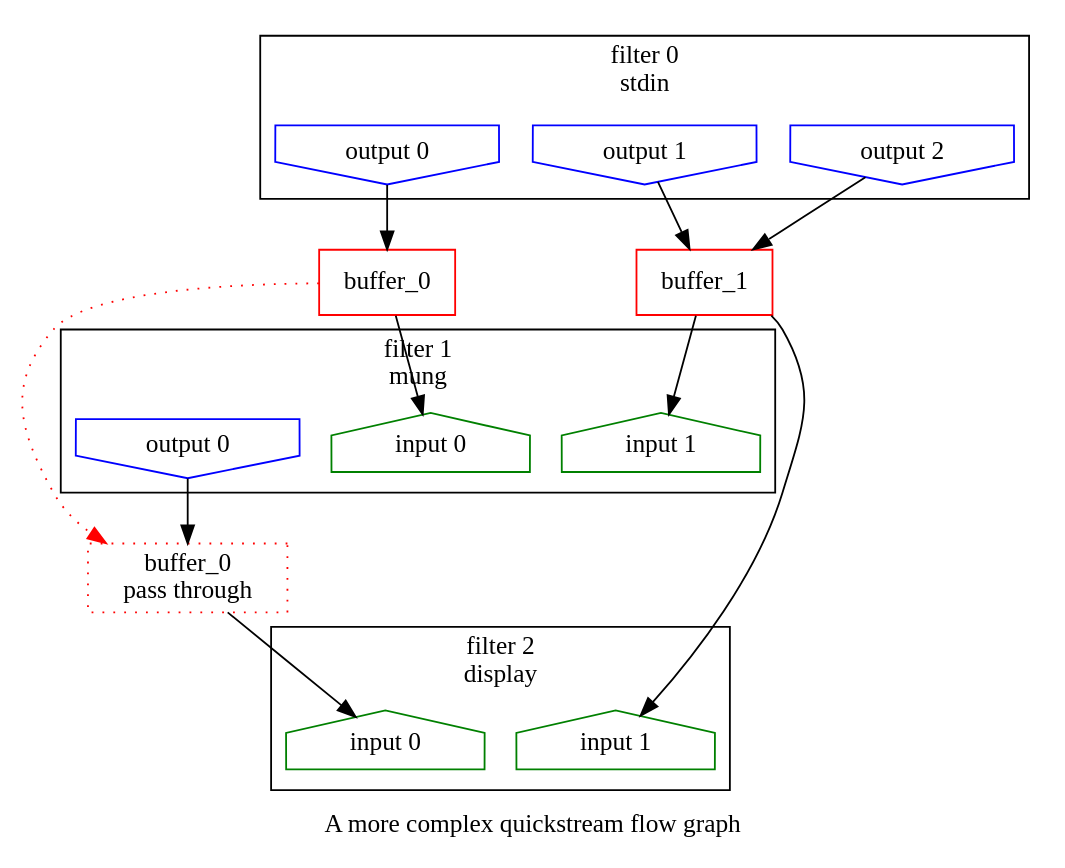
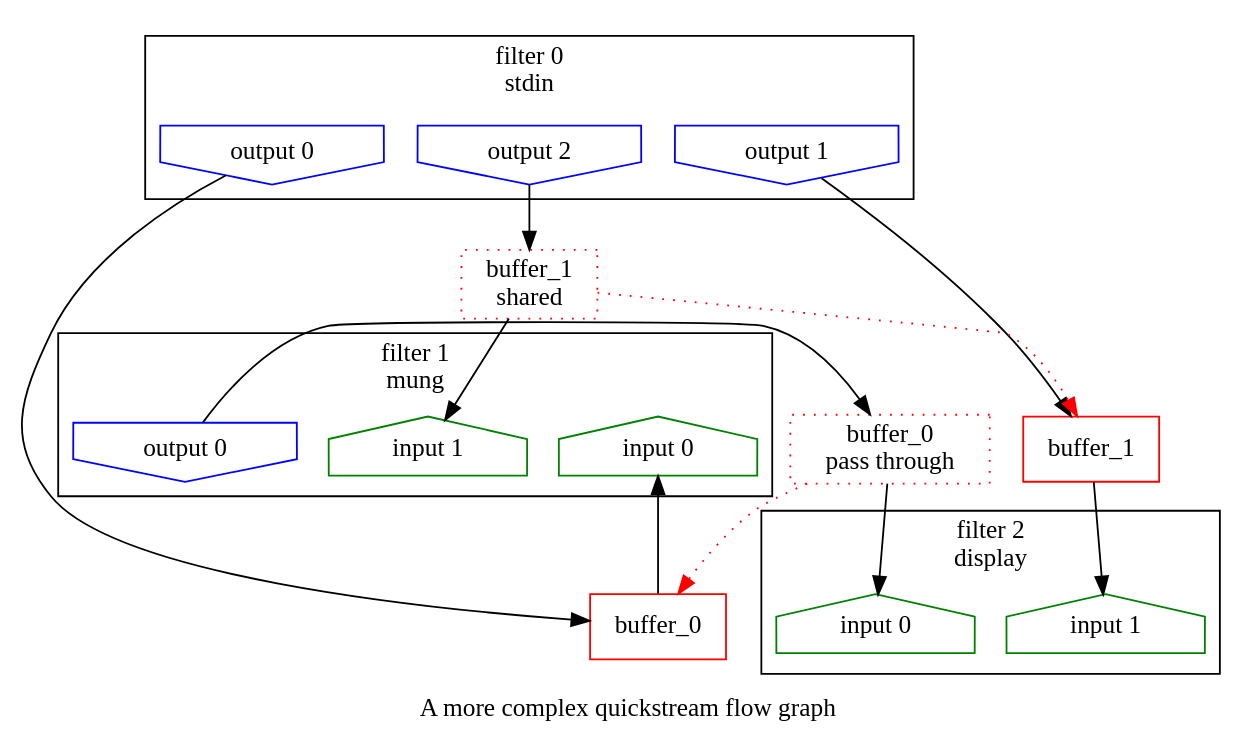
Before and after one commit to lanceman2/Quickstream_dev: the diagram in share/doc/quickstream/quickstream_complex.dot, drawn with Graphviz. The commit also changed 11 other files, not shown here.

```diff
--- a/share/doc/quickstream/quickstream_complex.dot
+++ b/share/doc/quickstream/quickstream_complex.dot
@@ -1,46 +1,50 @@
 // Diagram of a more complex quickstream
 
 digraph {
     label="A more complex quickstream flow graph";
 
     subgraph cluster_0 {
         label="filter 0\nstdin";
         node [shape=invhouse, color=blue];
+
         output0_0 [label="output 0"];
         output0_1 [label="output 1"];
         output0_2 [label="output 2"];
-
     }
 
-    subgraph cluster_1 {
+    subgraph cluster_2 {
         label="filter 1\nmung";
         node [shape=house, color=green];
         {rank = same; input1_0 [label="input 0"]; input1_1 [label="input 1"];}
         node [shape=invhouse, color=blue];
         {rank = same; output1_0 [label="output 0"];}
     }
 
-    subgraph cluster_2 {
+    subgraph cluster_3 {
         label="filter 2\ndisplay";
         node [shape=house, color=green];
         input2_0 [ label="input 0"];
         input2_1 [ label="input 1"];
     }
 
 
     buffer_0 [shape=rect, color=red];
     buffer_1 [shape=rect, color=red];
+    buffer_3 [shape=rect, color=red, style=dotted, label="buffer_1\nshared"];
     buffer_2 [shape=rect, color=red, style=dotted, label="buffer_0\npass through"];
 
-    output0_2 -> buffer_1;
 
-    buffer_0 -> buffer_2 [style=dotted, color=red];
+    output0_2 -> buffer_3;
+
+    buffer_2 -> buffer_0 [style=dotted, color=red];
+    buffer_3 -> buffer_1 [style=dotted, color=red];
 
     output0_0 -> buffer_0;
     output0_1 -> buffer_1;
 
     buffer_0 -> input1_0;
-    buffer_1 -> {input1_1, input2_1};
+    buffer_3 -> input1_1;
     output1_0 -> buffer_2;
     buffer_2 -> input2_0;
+    buffer_1 -> input2_1;
 }
```
